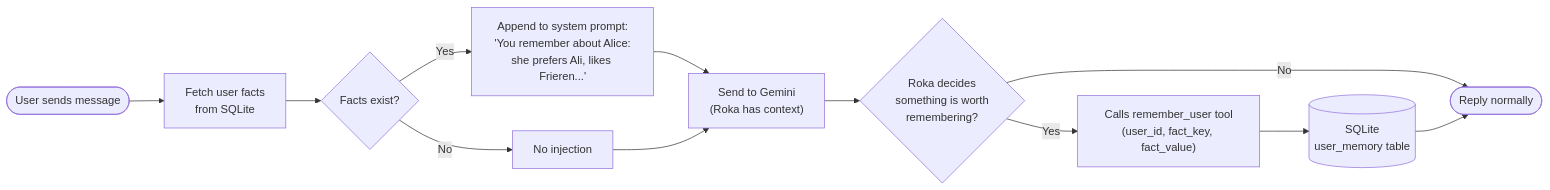
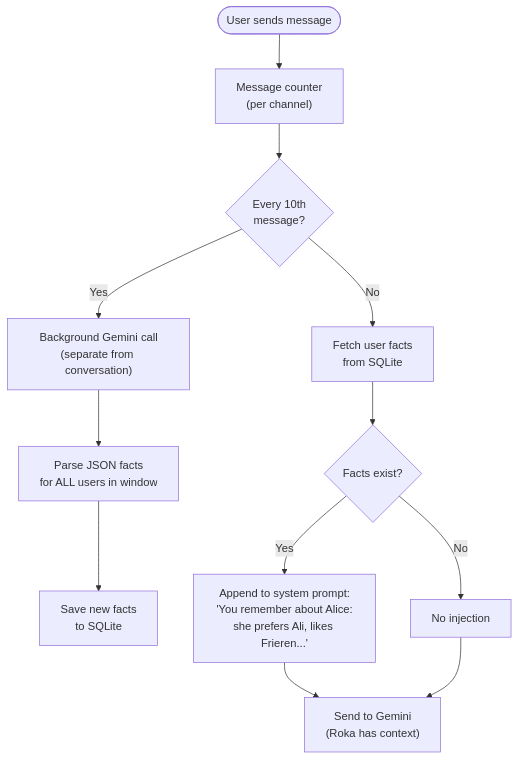
Before and after one commit to AlaskanTuna/rokabot: the seventh of 9 diagrams in README.md, drawn with Mermaid. The commit also changed other lines of this file, not shown here.

Commit message:
docs: update README with background memory extraction and memoryExtractor in project structure

````diff
--- a/README.md
+++ b/README.md
@@ -225,14 +225,14 @@
 ```mermaid
-flowchart LR
-    User([User sends message]) --> Fetch["Fetch user facts\nfrom SQLite"]
-    Fetch --> Inject{"Facts exist?"}
+flowchart TD
+    User([User sends message]) --> Counter["Message counter\n(per channel)"]
+    Counter --> Check{"Every 10th\nmessage?"}
+    Check -->|No| Fetch
+    Check -->|Yes| Extract["Background Gemini call\n(separate from conversation)"]
+    Extract --> Parse["Parse JSON facts\nfor ALL users in window"]
+    Parse --> Save["Save new facts\nto SQLite"]
+    Fetch["Fetch user facts\nfrom SQLite"] --> Inject{"Facts exist?"}
     Inject -->|Yes| Append["Append to system prompt:\n'You remember about Alice:\nshe prefers Ali, likes Frieren...'"]
     Inject -->|No| Skip["No injection"]
     Append --> LLM["Send to Gemini\n(Roka has context)"]
     Skip --> LLM
-    LLM --> Decide{"Roka decides\nsomething is worth\nremembering?"}
-    Decide -->|Yes| Tool["Calls remember_user tool\n(user_id, fact_key, fact_value)"]
-    Decide -->|No| Respond([Reply normally])
-    Tool --> SQLite[("SQLite\nuser_memory table")]
-    SQLite --> Respond
 ```
````
